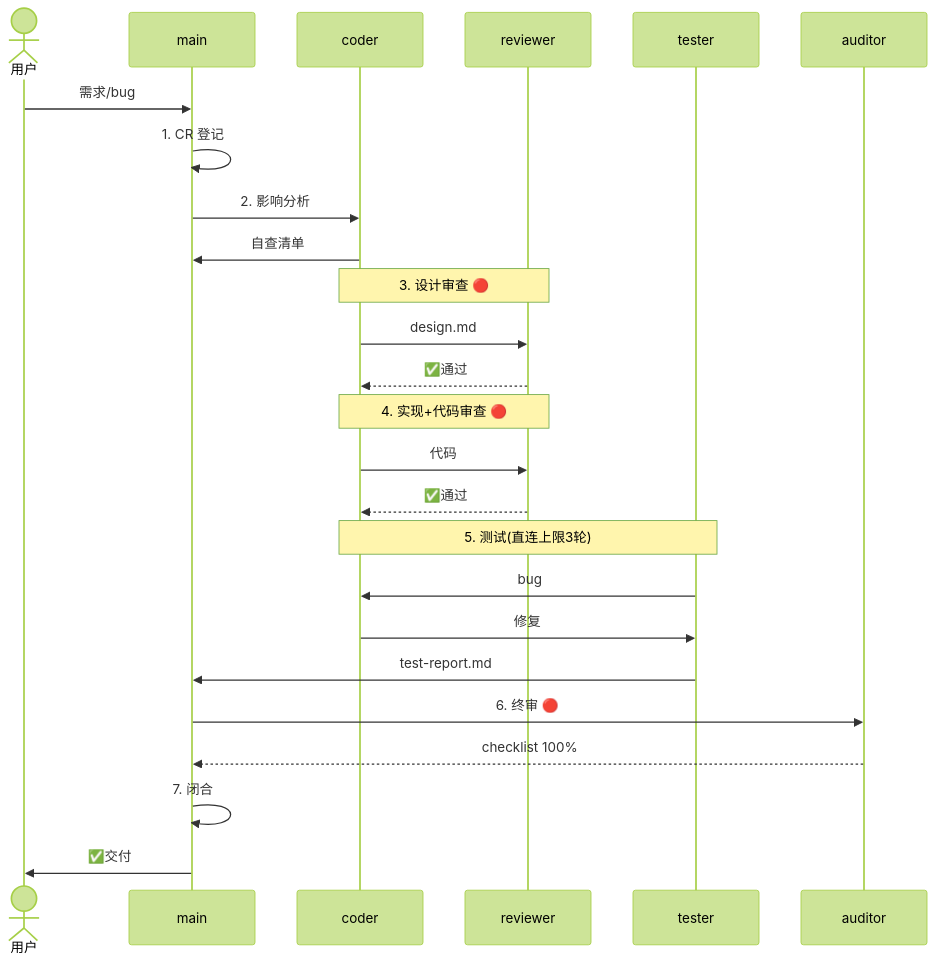
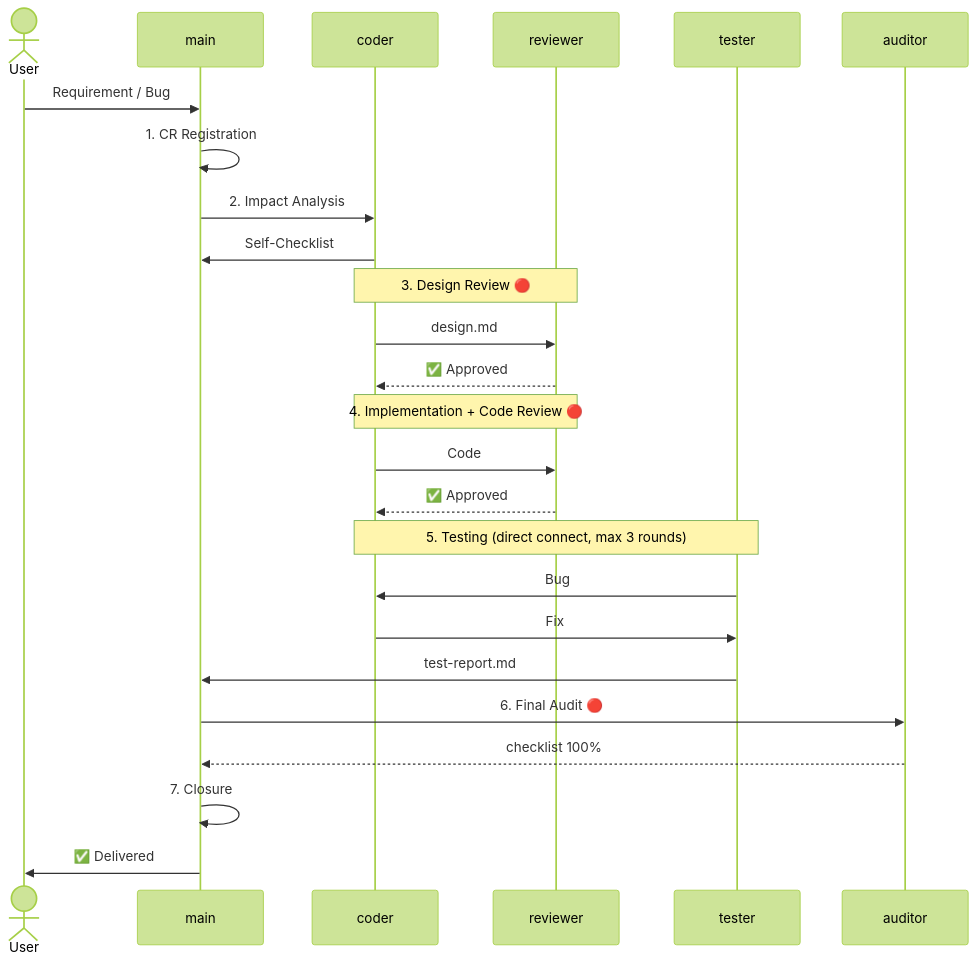
The diagram in docs/change-management.md (iFeel-is-a-mouse/openclaw-teamdev-flow), drawn with Mermaid (forest theme) before and after one commit. The commit also changed other lines of this file and 24 other files, not shown here.

````diff
--- a/docs/change-management.md
+++ b/docs/change-management.md
@@ -70,28 +71,28 @@
 ```mermaid
 sequenceDiagram
-    actor U as 用户
+    actor U as User
     participant M as main
     participant D as coder
     participant R as reviewer
     participant T as tester
     participant A as auditor
 
-    U->>M: 需求/bug
-    M->>M: 1. CR 登记
-    M->>D: 2. 影响分析
-    D->>M: 自查清单
-    Note over D,R: 3. 设计审查 🔴
+    U->>M: Requirement / Bug
+    M->>M: 1. CR Registration
+    M->>D: 2. Impact Analysis
+    D->>M: Self-Checklist
+    Note over D,R: 3. Design Review 🔴
     D->>R: design.md
-    R-->>D: ✅通过
-    Note over D,R: 4. 实现+代码审查 🔴
-    D->>R: 代码
-    R-->>D: ✅通过
-    Note over D,T: 5. 测试(直连上限3轮)
-    T->>D: bug
-    D->>T: 修复
+    R-->>D: ✅ Approved
+    Note over D,R: 4. Implementation + Code Review 🔴
+    D->>R: Code
+    R-->>D: ✅ Approved
+    Note over D,T: 5. Testing (direct connect, max 3 rounds)
+    T->>D: Bug
+    D->>T: Fix
     T->>M: test-report.md
-    M->>A: 6. 终审 🔴
+    M->>A: 6. Final Audit 🔴
     A-->>M: checklist 100%
-    M->>M: 7. 闭合
-    M->>U: ✅交付
+    M->>M: 7. Closure
+    M->>U: ✅ Delivered
 ```
````
